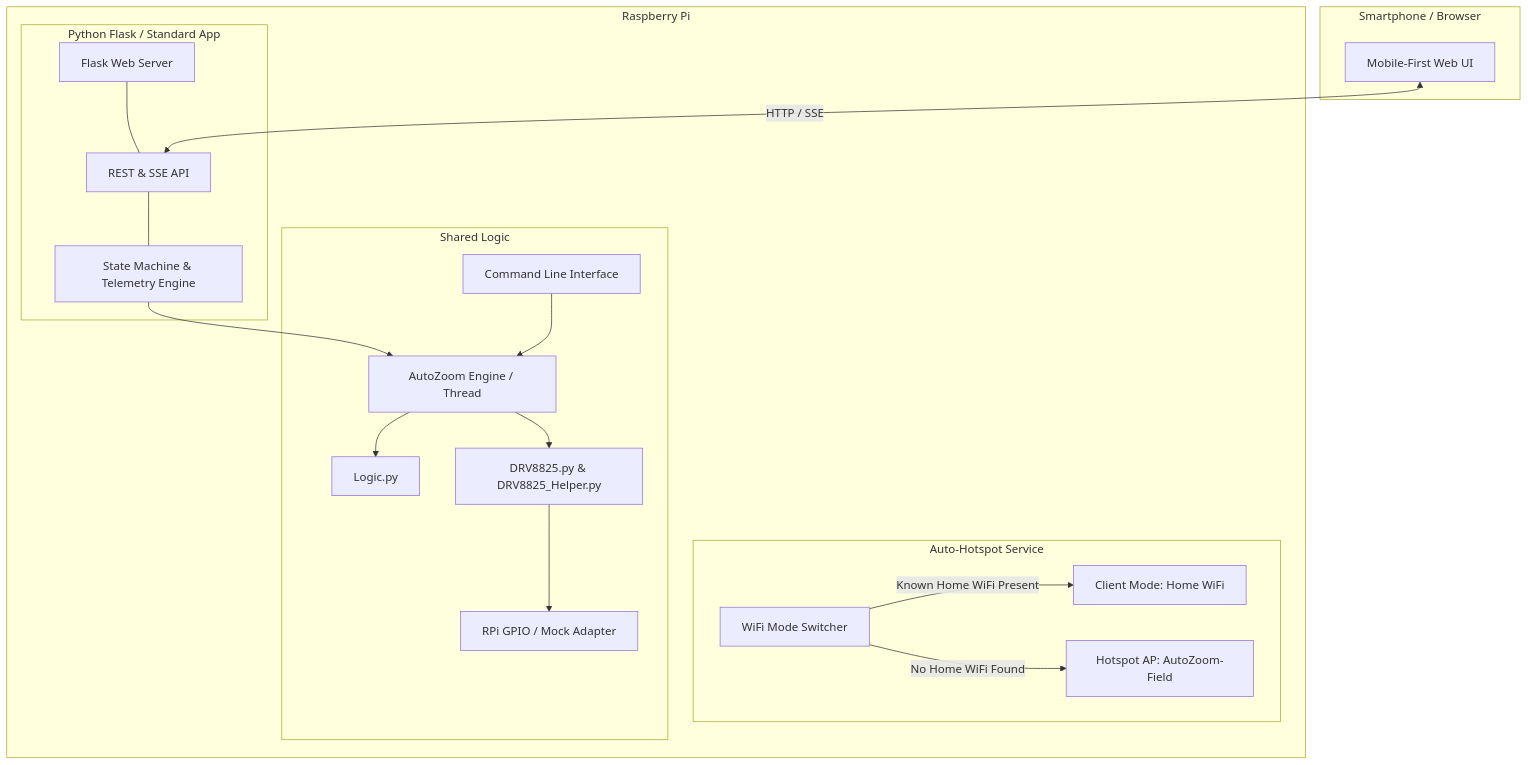
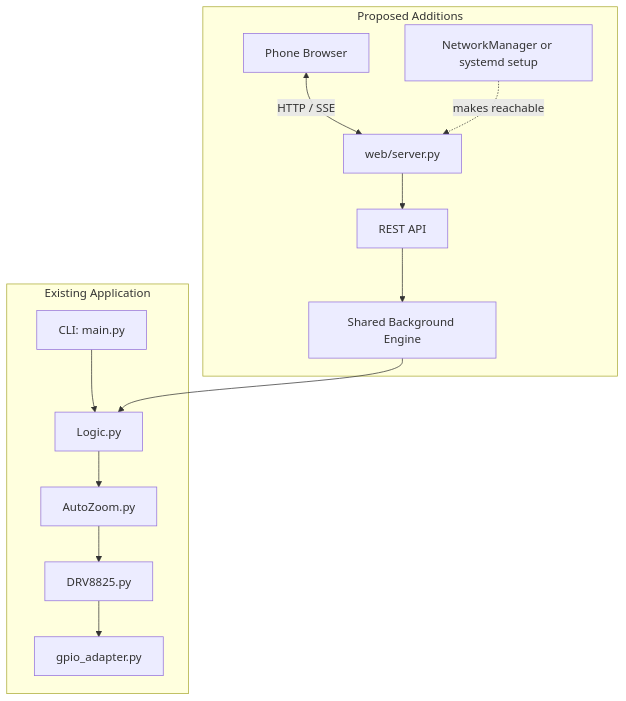
One commit to szigyi/auto-zoom-controller changed the first of 2 diagrams in docs/plans/web_ui_and_autohotspot_plan.md. Above: the diagram before and after it, drawn with Mermaid. The commit also changed other lines of this file and 1 other file, not shown here.

````diff
--- a/docs/plans/web_ui_and_autohotspot_plan.md
+++ b/docs/plans/web_ui_and_autohotspot_plan.md
@@ -37,32 +37,16 @@
 ```mermaid
 graph TD
-    subgraph Client Device [Smartphone / Browser]
-        UI[Mobile-First Web UI]
+    subgraph Existing Application
+        CLI[CLI: main.py] --> LOGIC[Logic.py]
+        LOGIC --> AUTOZOOM[AutoZoom.py]
+        AUTOZOOM --> MOTOR[DRV8825.py]
+        MOTOR --> GPIO[gpio_adapter.py]
     end
-
-    subgraph Raspberry Pi
-        subgraph Networking [Auto-Hotspot Service]
-            NET[WiFi Mode Switcher]
-            NET -->|Known Home WiFi Present| STA[Client Mode: Home WiFi]
-            NET -->|No Home WiFi Found| AP[Hotspot AP: AutoZoom-Field]
-        end
-
-        subgraph Application Server [Python Flask / Standard App]
-            HTTP[Flask Web Server]
-            API[REST & SSE API]
-            STATE[State Machine & Telemetry Engine]
-            HTTP --- API
-            API --- STATE
-        end
-
-        subgraph Core Motor Driver [Shared Logic]
-            STATE --> ENGINE[AutoZoom Engine / Thread]
-            CLI[Command Line Interface] --> ENGINE
-            ENGINE --> LOGIC[Logic.py]
-            ENGINE --> MOTOR[DRV8825.py & DRV8825_Helper.py]
-            MOTOR --> GPIO[RPi GPIO / Mock Adapter]
-        end
+    subgraph Proposed Additions
+        UI[Phone Browser] <-->|HTTP / SSE| SERVER[web/server.py]
+        SERVER --> API[REST API]
+        API --> ENGINE[Shared Background Engine]
+        ENGINE --> LOGIC
+           NETWORK[NetworkManager or systemd setup] -. makes reachable .-> SERVER
     end
-
-    UI <-->|HTTP / SSE| API
 ```
````
